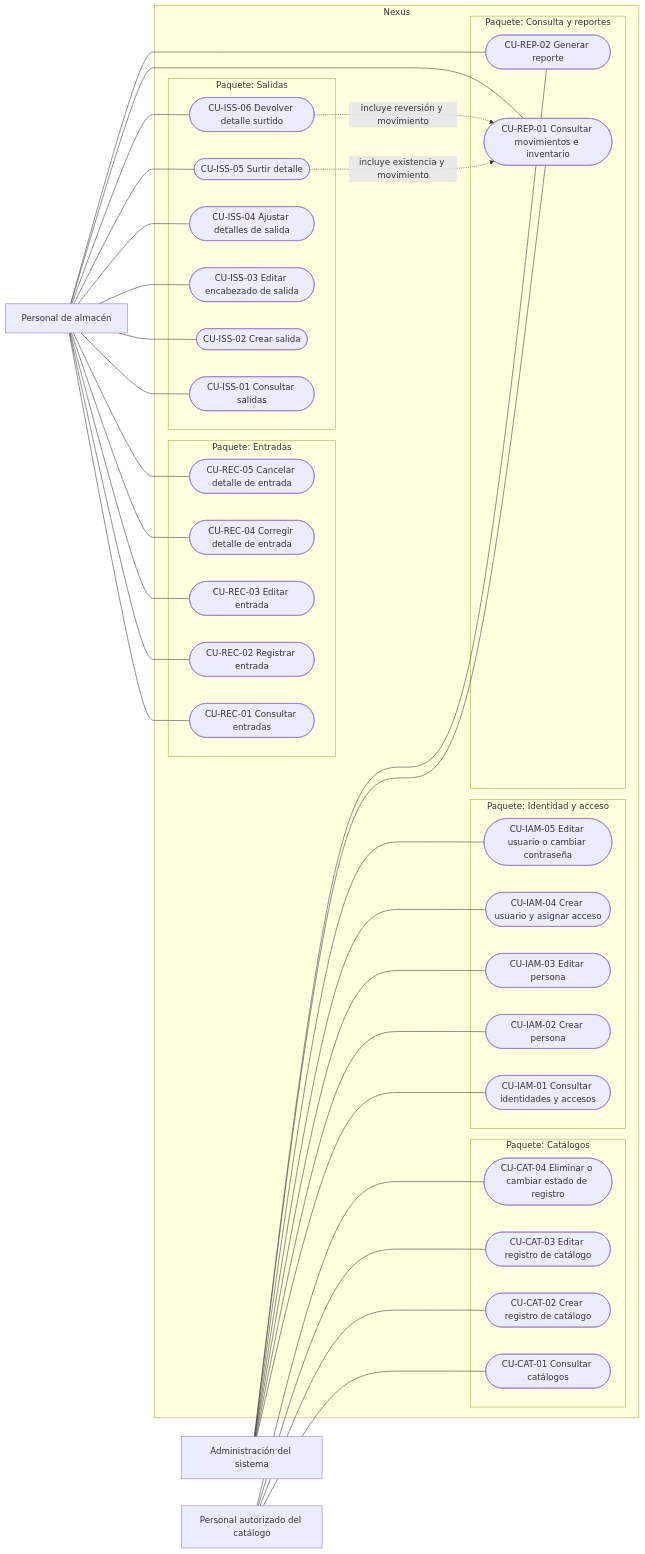
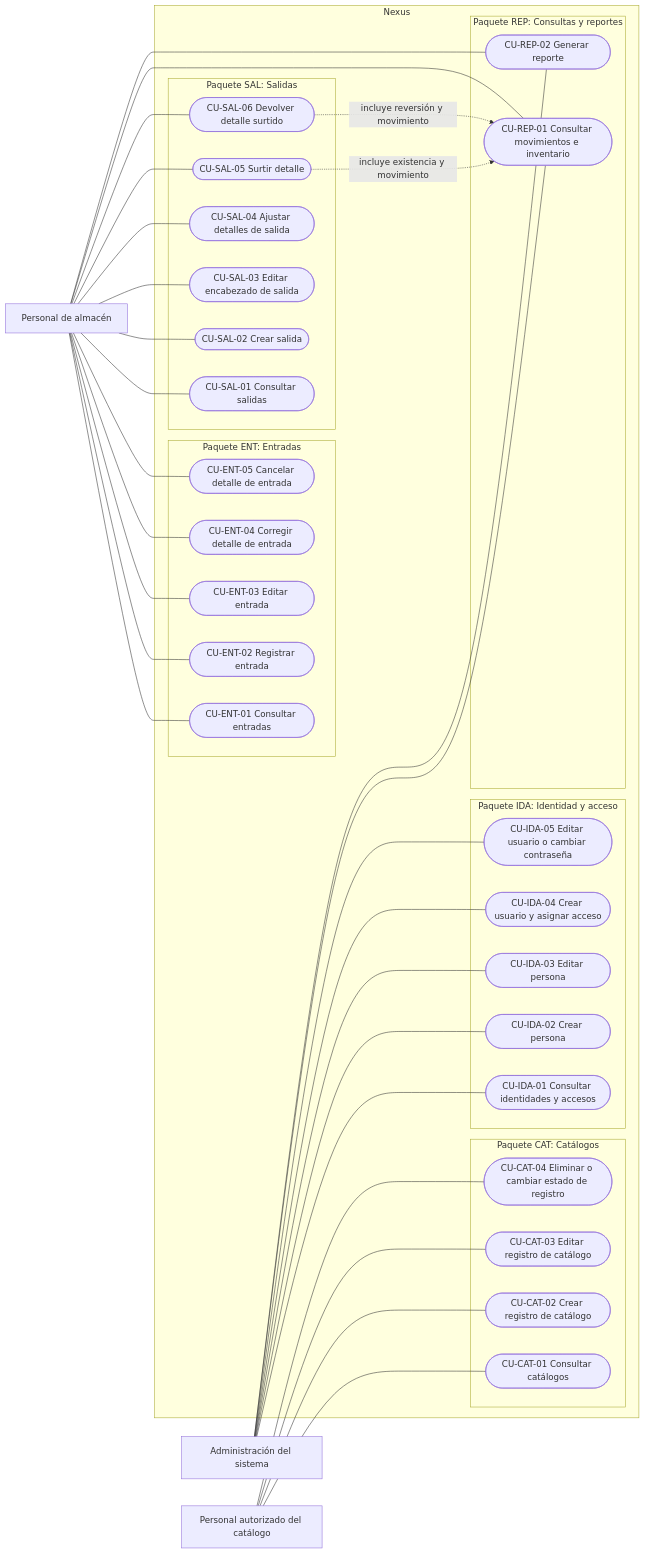
One commit to gpgsistemas01/nexus changed the second of 3 diagrams in docs/requirements/domain-and-use-cases.md. Above: the diagram before and after it, drawn with Mermaid. The commit also changed other lines of this file and 12 other files, not shown here.

````diff
--- a/docs/requirements/domain-and-use-cases.md
+++ b/docs/requirements/domain-and-use-cases.md
@@ -74,68 +74,68 @@
 ```mermaid
 flowchart LR
     warehouse["Personal de almacén"]
     admin["Administración del sistema"]
     catalogOperator["Personal autorizado del catálogo"]
 
     subgraph nexus["Nexus"]
-      subgraph identityPackage["Paquete: Identidad y acceso"]
-        ucIdentityQuery(["CU-IAM-01 Consultar identidades y accesos"])
-        ucPersonCreate(["CU-IAM-02 Crear persona"])
-        ucPersonEdit(["CU-IAM-03 Editar persona"])
-        ucUserCreate(["CU-IAM-04 Crear usuario y asignar acceso"])
-        ucUserEdit(["CU-IAM-05 Editar usuario o cambiar contraseña"])
+      subgraph identityPackage["Paquete IDA: Identidad y acceso"]
+        ucIdentityQuery(["CU-IDA-01 Consultar identidades y accesos"])
+        ucPersonCreate(["CU-IDA-02 Crear persona"])
+        ucPersonEdit(["CU-IDA-03 Editar persona"])
+        ucUserCreate(["CU-IDA-04 Crear usuario y asignar acceso"])
+        ucUserEdit(["CU-IDA-05 Editar usuario o cambiar contraseña"])
       end
-      subgraph catalogPackage["Paquete: Catálogos"]
+      subgraph catalogPackage["Paquete CAT: Catálogos"]
         ucCatalogQuery(["CU-CAT-01 Consultar catálogos"])
         ucCatalogCreate(["CU-CAT-02 Crear registro de catálogo"])
         ucCatalogEdit(["CU-CAT-03 Editar registro de catálogo"])
         ucCatalogRemove(["CU-CAT-04 Eliminar o cambiar estado de registro"])
       end
-      subgraph receiptPackage["Paquete: Entradas"]
-        ucReceiptQuery(["CU-REC-01 Consultar entradas"])
-        ucReceiptCreate(["CU-REC-02 Registrar entrada"])
-        ucReceiptEdit(["CU-REC-03 Editar entrada"])
-        ucReceiptCorrect(["CU-REC-04 Corregir detalle de entrada"])
-        ucReceiptCancel(["CU-REC-05 Cancelar detalle de entrada"])
+      subgraph receiptPackage["Paquete ENT: Entradas"]
+        ucReceiptQuery(["CU-ENT-01 Consultar entradas"])
+        ucReceiptCreate(["CU-ENT-02 Registrar entrada"])
+        ucReceiptEdit(["CU-ENT-03 Editar entrada"])
+        ucReceiptCorrect(["CU-ENT-04 Corregir detalle de entrada"])
+        ucReceiptCancel(["CU-ENT-05 Cancelar detalle de entrada"])
       end
-      subgraph issuePackage["Paquete: Salidas"]
-        ucIssueQuery(["CU-ISS-01 Consultar salidas"])
-        ucIssueCreate(["CU-ISS-02 Crear salida"])
-        ucIssueHeader(["CU-ISS-03 Editar encabezado de salida"])
-        ucIssueDetails(["CU-ISS-04 Ajustar detalles de salida"])
-        ucSupply(["CU-ISS-05 Surtir detalle"])
-        ucReturn(["CU-ISS-06 Devolver detalle surtido"])
+      subgraph issuePackage["Paquete SAL: Salidas"]
+        ucIssueQuery(["CU-SAL-01 Consultar salidas"])
+        ucIssueCreate(["CU-SAL-02 Crear salida"])
+        ucIssueHeader(["CU-SAL-03 Editar encabezado de salida"])
+        ucIssueDetails(["CU-SAL-04 Ajustar detalles de salida"])
+        ucSupply(["CU-SAL-05 Surtir detalle"])
+        ucReturn(["CU-SAL-06 Devolver detalle surtido"])
       end
-      subgraph reportPackage["Paquete: Consulta y reportes"]
+      subgraph reportPackage["Paquete REP: Consultas y reportes"]
         ucMovements(["CU-REP-01 Consultar movimientos e inventario"])
         ucReports(["CU-REP-02 Generar reporte"])
       end
     end
 
     catalogOperator --- ucCatalogQuery
     catalogOperator --- ucCatalogCreate
     catalogOperator --- ucCatalogEdit
     catalogOperator --- ucCatalogRemove
     warehouse --- ucReceiptQuery
     warehouse --- ucReceiptCreate
     warehouse --- ucReceiptEdit
     warehouse --- ucReceiptCorrect
     warehouse --- ucReceiptCancel
     warehouse --- ucIssueQuery
     warehouse --- ucIssueCreate
     warehouse --- ucIssueHeader
     warehouse --- ucIssueDetails
     warehouse --- ucSupply
     warehouse --- ucReturn
     warehouse --- ucMovements
     warehouse --- ucReports
     admin --- ucIdentityQuery
     admin --- ucPersonCreate
     admin --- ucPersonEdit
     admin --- ucUserCreate
     admin --- ucUserEdit
     admin --- ucMovements
     admin --- ucReports
     ucSupply -.->|incluye existencia y movimiento| ucMovements
     ucReturn -.->|incluye reversión y movimiento| ucMovements
 ```
````
